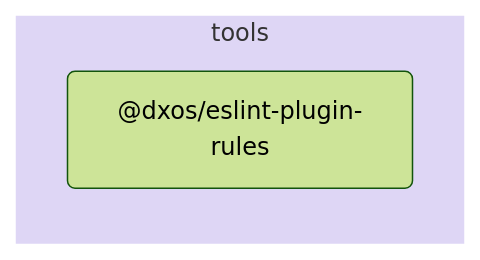
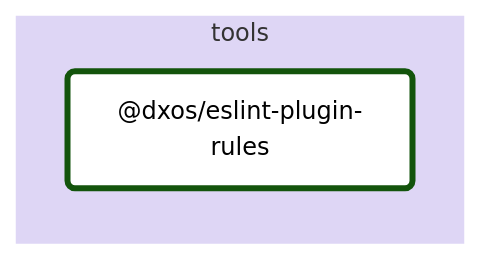
The diagram in tools/eslint-rules/docs/README.md (dxos/dxos), drawn with Mermaid (forest theme) before and after one commit. The commit also changed other lines of this file and 88 other files, not shown here.

````diff
--- a/tools/eslint-rules/docs/README.md
+++ b/tools/eslint-rules/docs/README.md
@@ -5,9 +7,12 @@
 ```mermaid
 flowchart LR;
+
+style dxos/eslint-plugin-rules fill:#fff,stroke-width:4px;
+
 
 subgraph tools
   style tools fill:#ded6f5,stroke:#fff;
   dxos/eslint-plugin-rules("@dxos/eslint-plugin-rules");
 end
 
 ```
````
